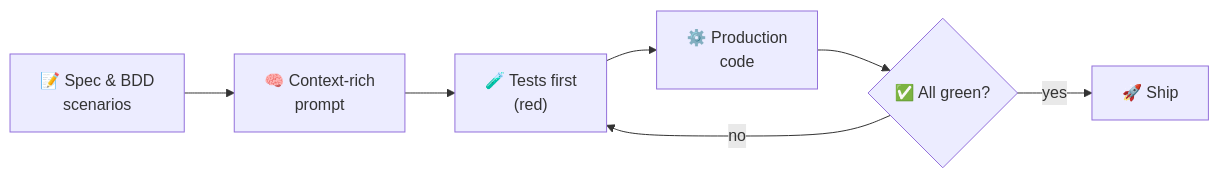
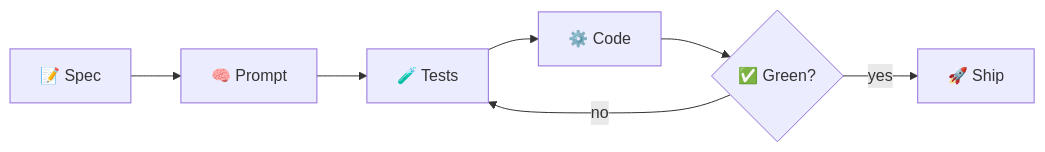
The diagram in README.md (vineshgoyal/vineshgoyal), drawn with Mermaid before and after one commit. The commit also changed other lines of this file, not shown here.

Commit message:
Fit AI flowchart to width; timeline as a table

````diff
--- a/README.md
+++ b/README.md
@@ -90,9 +90,6 @@
 ```mermaid
 flowchart LR
-    A["📝 Spec &amp; BDD<br/>scenarios"] --> B["🧠 Context-rich<br/>prompt"]
-    B --> C["🧪 Tests first<br/>(red)"]
-    C --> D["⚙️ Production<br/>code"]
-    D --> E{"✅ All green?"}
+    A["📝 Spec"] --> B["🧠 Prompt"] --> C["🧪 Tests"] --> D["⚙️ Code"] --> E{"✅ Green?"}
     E -- no --> C
     E -- yes --> F["🚀 Ship"]
 ```
````
